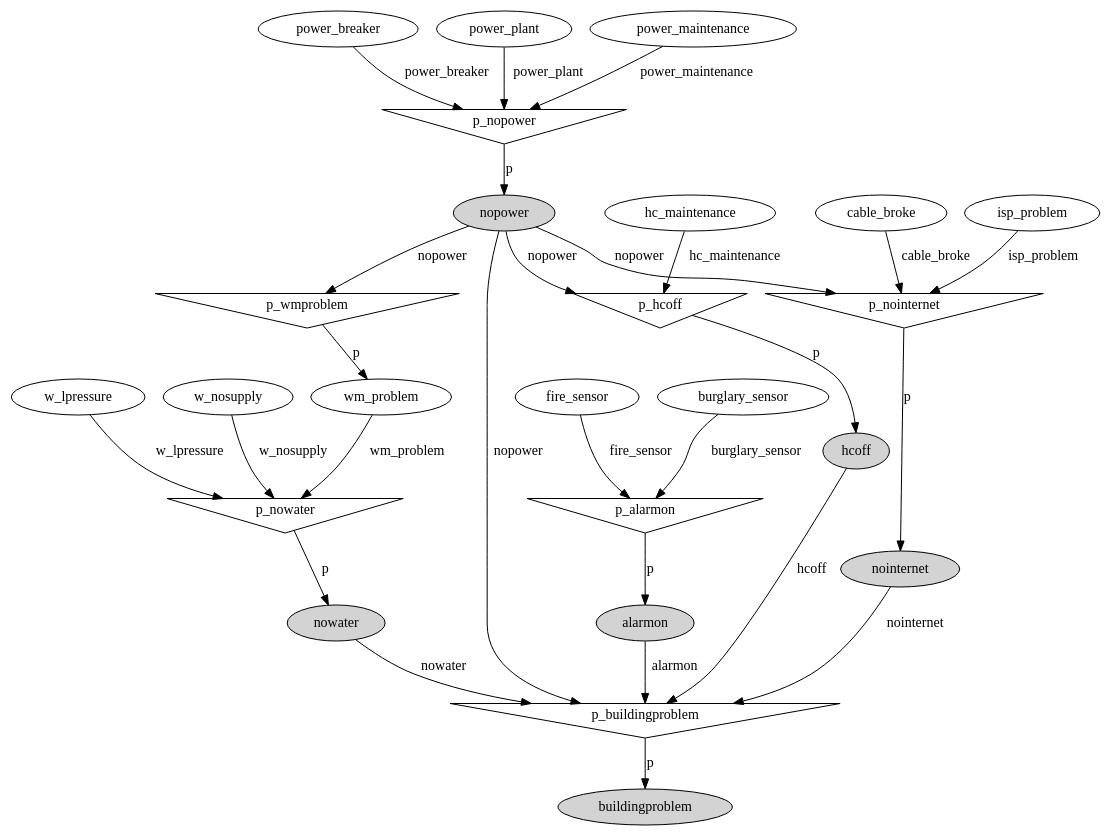
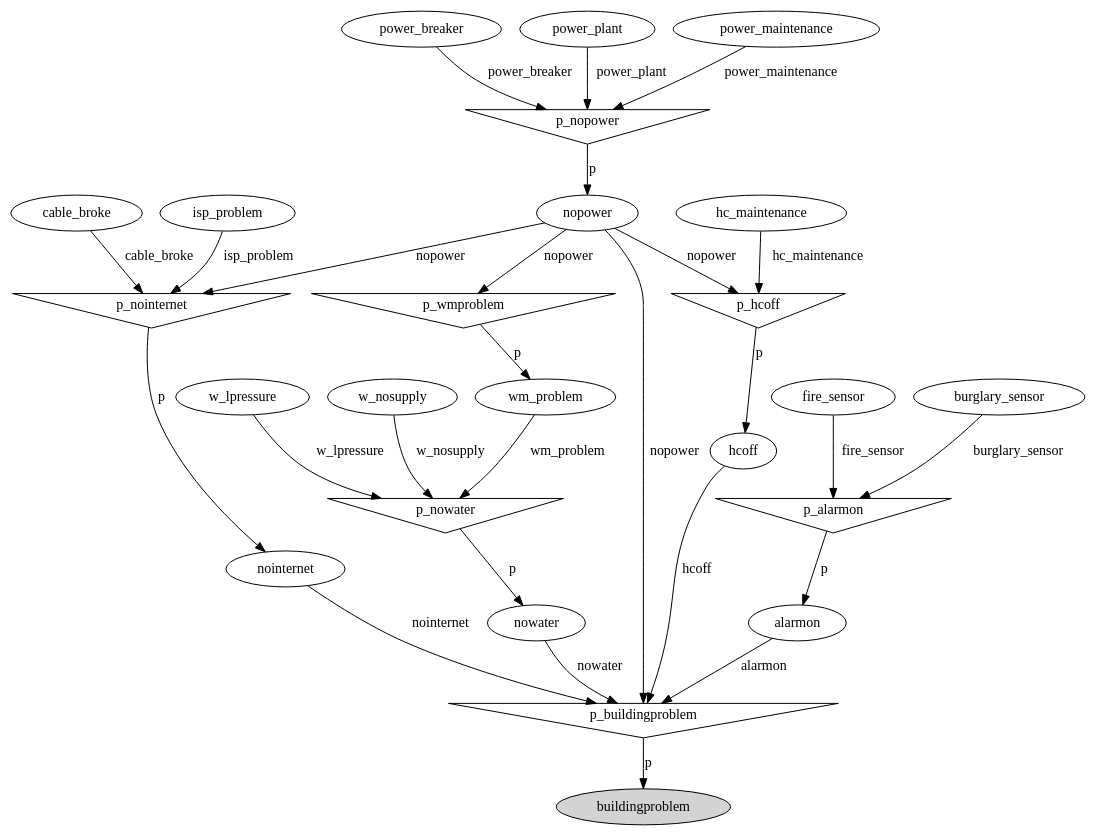
Before and after one commit to rolisanchez/ai-project-mcmc: the diagram in container.dot, drawn with Graphviz. The commit also changed 21 other files, not shown here.

```diff
--- a/container.dot
+++ b/container.dot
@@ -1,52 +1,52 @@
 digraph G {
-nowater [style=filled];
-p_nowater [shape=invtriangle];
-p_nowater -> nowater  [label=p];
-w_lpressure;
-w_lpressure -> p_nowater  [label=w_lpressure];
-w_nosupply;
-w_nosupply -> p_nowater  [label=w_nosupply];
-wm_problem;
-wm_problem -> p_nowater  [label=wm_problem];
-p_wmproblem [shape=invtriangle];
-p_wmproblem -> wm_problem  [label=p];
-nopower [style=filled];
-nopower -> p_wmproblem  [label=nopower];
+p_hcoff [shape=invtriangle];
+hc_maintenance;
+hc_maintenance -> p_hcoff  [label=hc_maintenance];
+nopower;
+nopower -> p_hcoff  [label=nopower];
 p_nopower [shape=invtriangle];
 p_nopower -> nopower  [label=p];
 power_breaker;
 power_breaker -> p_nopower  [label=power_breaker];
 power_plant;
 power_plant -> p_nopower  [label=power_plant];
 power_maintenance;
 power_maintenance -> p_nopower  [label=power_maintenance];
-buildingproblem [style=filled];
-p_buildingproblem [shape=invtriangle];
-p_buildingproblem -> buildingproblem  [label=p];
-alarmon [style=filled];
-alarmon -> p_buildingproblem  [label=alarmon];
+isp_problem;
+w_nosupply;
+alarmon;
 p_alarmon [shape=invtriangle];
 p_alarmon -> alarmon  [label=p];
 fire_sensor;
 fire_sensor -> p_alarmon  [label=fire_sensor];
 burglary_sensor;
 burglary_sensor -> p_alarmon  [label=burglary_sensor];
-hcoff [style=filled];
-hcoff -> p_buildingproblem  [label=hcoff];
-p_hcoff [shape=invtriangle];
-p_hcoff -> hcoff  [label=p];
-hc_maintenance;
-hc_maintenance -> p_hcoff  [label=hc_maintenance];
-nopower -> p_hcoff  [label=nopower];
-nointernet [style=filled];
-nointernet -> p_buildingproblem  [label=nointernet];
+p_nowater [shape=invtriangle];
+w_lpressure;
+w_lpressure -> p_nowater  [label=w_lpressure];
+w_nosupply -> p_nowater  [label=w_nosupply];
+wm_problem;
+wm_problem -> p_nowater  [label=wm_problem];
+p_wmproblem [shape=invtriangle];
+p_wmproblem -> wm_problem  [label=p];
+nopower -> p_wmproblem  [label=nopower];
+nointernet;
 p_nointernet [shape=invtriangle];
 p_nointernet -> nointernet  [label=p];
 nopower -> p_nointernet  [label=nopower];
 cable_broke;
 cable_broke -> p_nointernet  [label=cable_broke];
-isp_problem;
 isp_problem -> p_nointernet  [label=isp_problem];
+hcoff;
+p_hcoff -> hcoff  [label=p];
+nowater;
+p_nowater -> nowater  [label=p];
+p_buildingproblem [shape=invtriangle];
+alarmon -> p_buildingproblem  [label=alarmon];
+hcoff -> p_buildingproblem  [label=hcoff];
+nointernet -> p_buildingproblem  [label=nointernet];
 nowater -> p_buildingproblem  [label=nowater];
 nopower -> p_buildingproblem  [label=nopower];
+buildingproblem [style=filled];
+p_buildingproblem -> buildingproblem  [label=p];
 }
```
